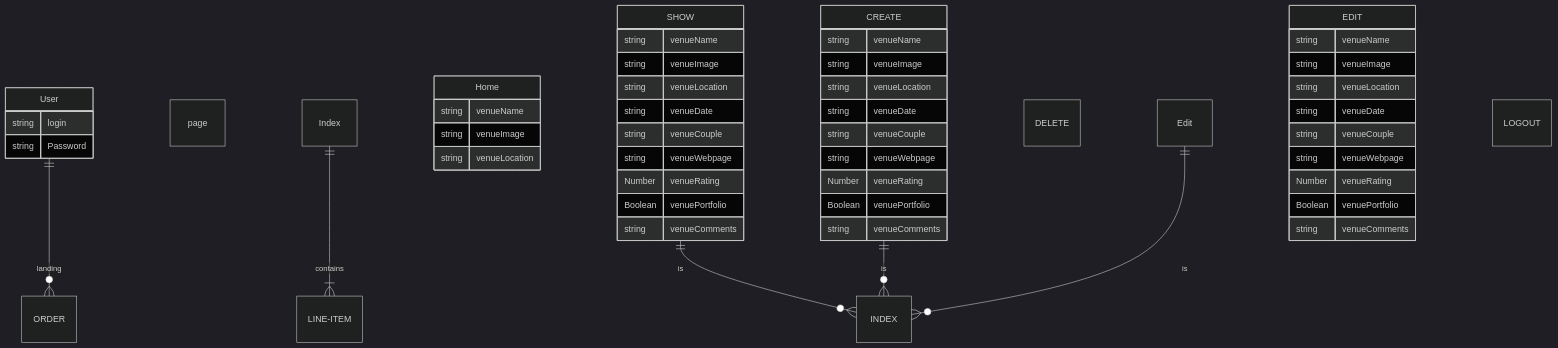
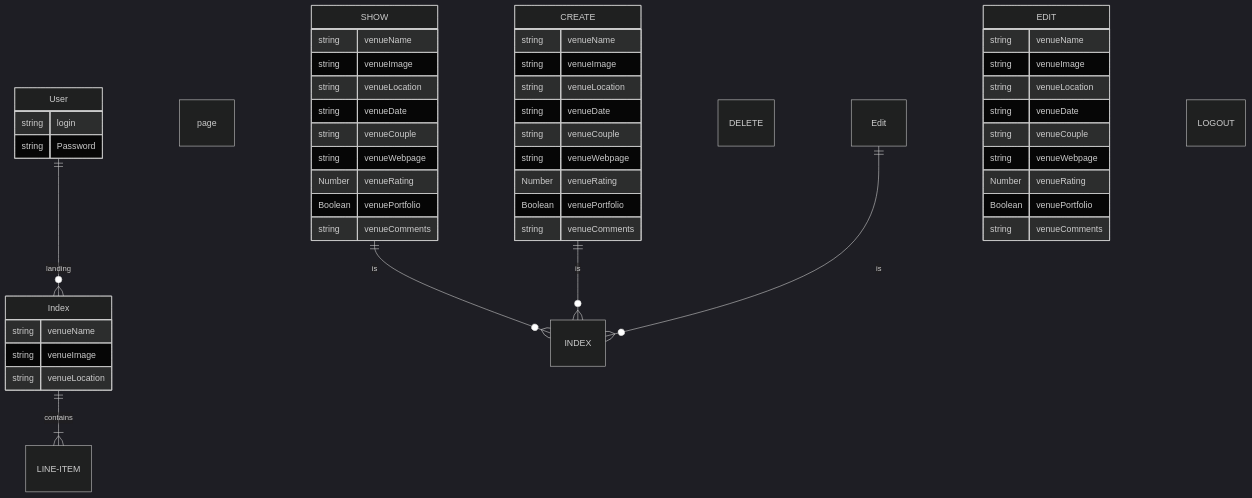
One commit to adriancgarcia/project2-photo-assistant changed the diagram in readme.md. Above: the diagram before and after it, drawn with Mermaid (dark theme).

````diff
--- a/readme.md
+++ b/readme.md
@@ -41,59 +41,59 @@
 ``` mermaid
 erDiagram
-    User ||--o{ ORDER : landing page
+    User ||--o{ Index: landing page
     User {
         string login
         string Password
     }
     Index ||--|{ LINE-ITEM : contains
-    Home {
+    Index {
         string venueName
         string venueImage
         string venueLocation
     }
     SHOW || --o{ INDEX : is
     SHOW{
         string venueName
         string venueImage
         string venueLocation
         string venueDate
         string venueCouple
         string venueWebpage
         Number venueRating
         Boolean venuePortfolio
         string venueComments
     }
     CREATE || --o{ INDEX : is
     CREATE {
         string venueName
         string venueImage
         string venueLocation
         string venueDate
         string venueCouple
         string venueWebpage
         Number venueRating
         Boolean venuePortfolio
         string venueComments
     }
     DELETE {
 
 
     }
     Edit || --o{ INDEX : is
     EDIT {
         string venueName
         string venueImage
         string venueLocation
         string venueDate
         string venueCouple
         string venueWebpage
         Number venueRating
         Boolean venuePortfolio
         string venueComments
     }
     LOGOUT{
 
     }
     
 
 ```
````
